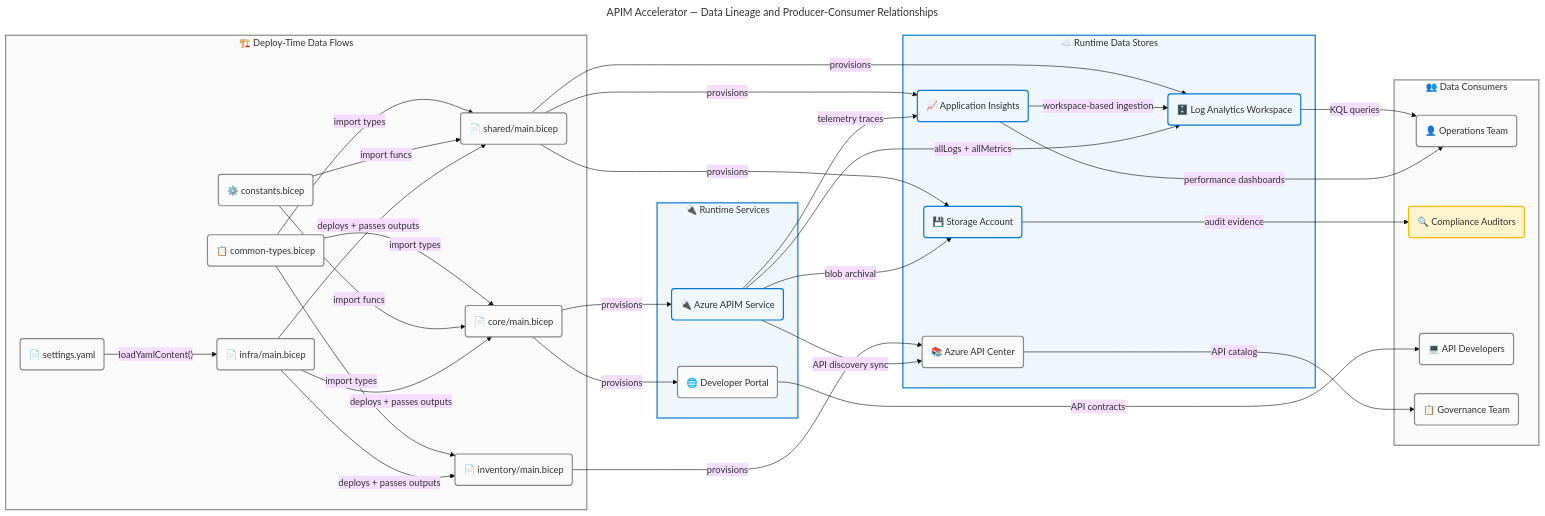
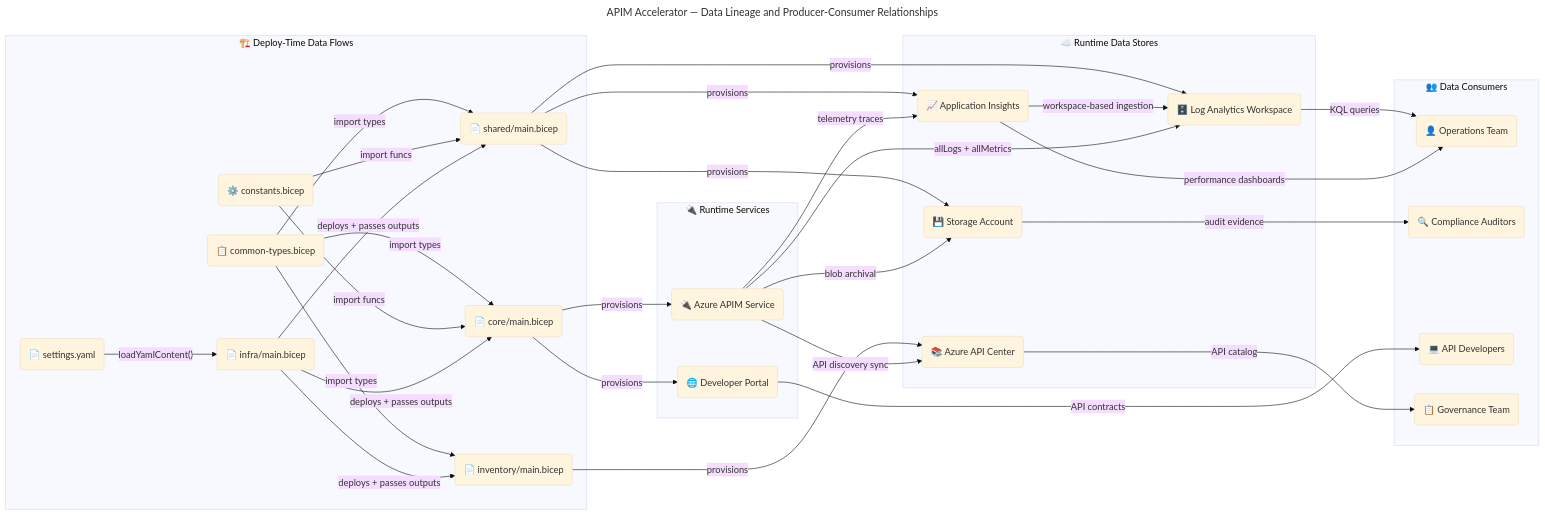
Before and after one commit to Evilazaro/APIM-Accelerator: the fourth of 4 diagrams in docs/architecture/data-architecture.md, drawn with Mermaid. The commit also changed other lines of this file and 1 other file, not shown here.

Commit message:
style: remove redundant comments and streamline flowchart styles for clarity in data architecture documentation

````diff
--- a/docs/architecture/data-architecture.md
+++ b/docs/architecture/data-architecture.md
@@ -940,16 +801,7 @@
     accTitle: APIM Accelerator Data Lineage and Producer-Consumer Relationships
     accDescr: Shows all data producer and consumer relationships including deployment-time configuration flows and runtime telemetry and API discovery flows
 
-    %% ═══════════════════════════════════════════════════════════════════════════
-    %% AZURE / FLUENT ARCHITECTURE PATTERN v1.1
-    %% (Semantic + Structural + Font + Accessibility Governance)
-    %% ═══════════════════════════════════════════════════════════════════════════
-    %% PHASE 1 - FLUENT UI: All styling uses approved Fluent UI palette only
-    %% PHASE 2 - GROUPS: Every subgraph has semantic color via style directive
-    %% PHASE 3 - COMPONENTS: Every node has semantic classDef + icon prefix
-    %% PHASE 4 - ACCESSIBILITY: accTitle/accDescr present, WCAG AA contrast
-    %% PHASE 5 - STANDARD: Governance block present, classDefs centralized
-    %% ═══════════════════════════════════════════════════════════════════════════
+
 
     subgraph deployTime["🏗️ Deploy-Time Data Flows"]
         SETTINGSYAML("📄 settings.yaml"):::neutral
@@ -1006,12 +858,5 @@
     AI -->|"performance dashboards"| OPS
     APICENTER -->|"API catalog"| GOVTEAM
 
-    classDef core fill:#EFF6FC,stroke:#0078D4,stroke-width:2px,color:#323130
-    classDef neutral fill:#FAFAFA,stroke:#8A8886,stroke-width:2px,color:#323130
-    classDef warning fill:#FFF4CE,stroke:#FFB900,stroke-width:2px,color:#323130
 
-    style deployTime fill:#FAFAFA,stroke:#8A8886,stroke-width:2px,color:#323130
-    style runtimeStores fill:#EFF6FC,stroke:#0078D4,stroke-width:2px,color:#323130
-    style runtimeServices fill:#EFF6FC,stroke:#0078D4,stroke-width:2px,color:#323130
-    style consumers fill:#FAFAFA,stroke:#8A8886,stroke-width:2px,color:#323130
 ```
````
